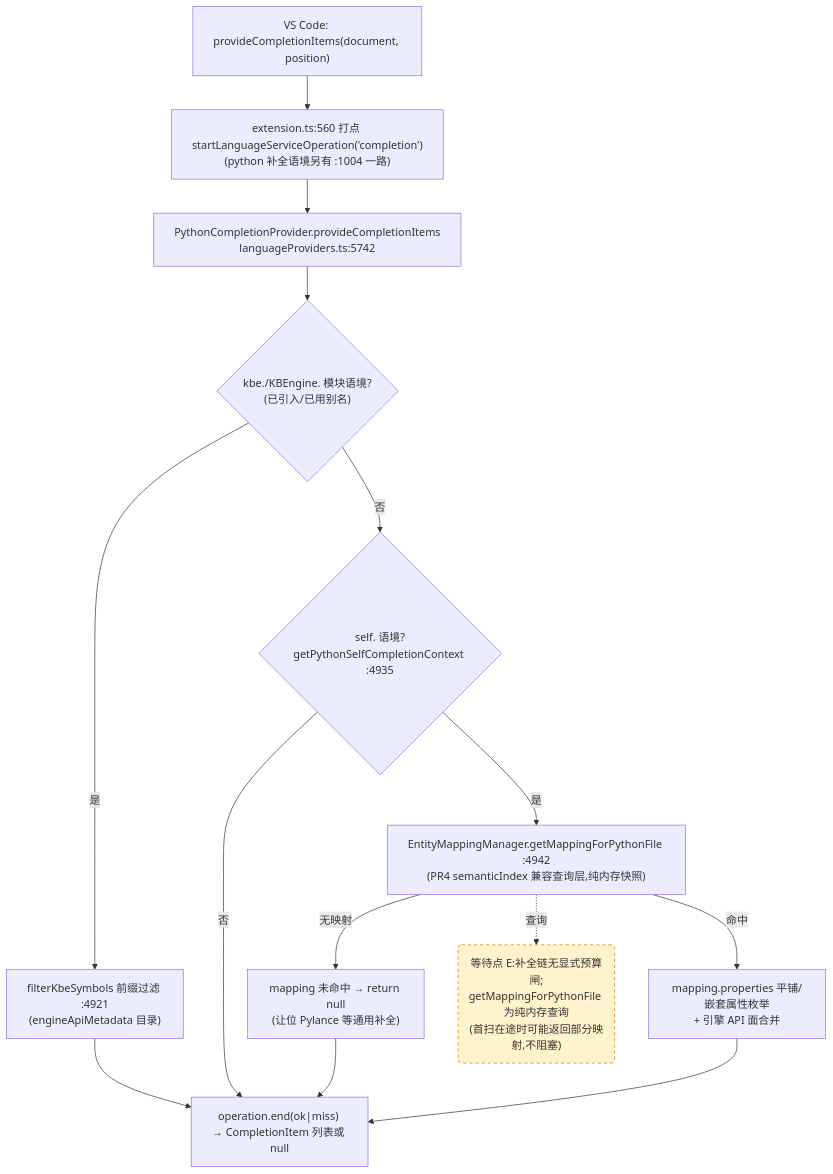
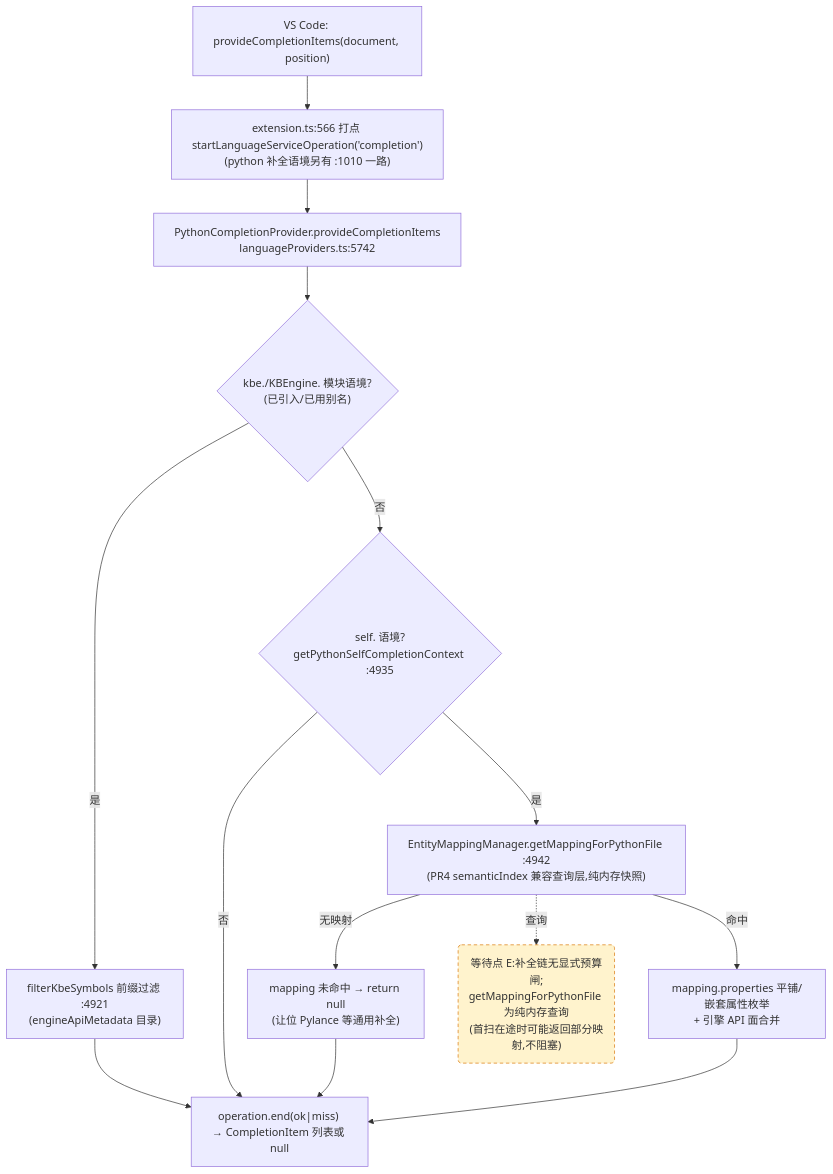
One commit to cuihairu/kode changed the third of 4 diagrams in docs/perf/2026-baseline.md. Above: the diagram before and after it, drawn with Mermaid. The commit also changed other lines of this file and 6 other files, not shown here.

````diff
--- a/docs/perf/2026-baseline.md
+++ b/docs/perf/2026-baseline.md
@@ -184,27 +184,27 @@
 ```mermaid
 flowchart TD
   VC3["VS Code: provideCompletionItems(document, position)"]
-  M3["extension.ts:560 打点 startLanguageServiceOperation('completion')<br/>(python 补全语境另有 :1004 一路)"]
+  M3["extension.ts:566 打点 startLanguageServiceOperation('completion')<br/>(python 补全语境另有 :1010 一路)"]
   CP["PythonCompletionProvider.provideCompletionItems<br/>languageProviders.ts:5742"]
   KBEC{"kbe./KBEngine. 模块语境?<br/>(已引入/已用别名)"}
   FILTER["filterKbeSymbols 前缀过滤 :4921<br/>(engineApiMetadata 目录)"]
   SELFC{"self. 语境?<br/>getPythonSelfCompletionContext :4935"}
   MAP["EntityMappingManager.getMappingForPythonFile :4942<br/>(PR4 semanticIndex 兼容查询层,纯内存快照)"]
   NOMAP["mapping 未命中 → return null<br/>(让位 Pylance 等通用补全)"]
   PROPS["mapping.properties 平铺/嵌套属性枚举<br/>+ 引擎 API 面合并"]
   END3["operation.end(ok|miss) → CompletionItem 列表或 null"]
 
   VC3 --> M3 --> CP --> KBEC
   KBEC -- "是" --> FILTER --> END3
   KBEC -- "否" --> SELFC
   SELFC -- "否" --> END3
   SELFC -- "是" --> MAP
   MAP -- "无映射" --> NOMAP --> END3
   MAP -- "命中" --> PROPS --> END3
 
   WAITE("等待点 E:补全链无显式预算闸;<br/>getMappingForPythonFile 为纯内存查询<br/>(首扫在途时可能返回部分映射,不阻塞)")
   MAP -.->|查询| WAITE
 
   classDef waitPoint fill:#fff3cd,stroke:#d97706,stroke-dasharray:5 4;
   class WAITE waitPoint;
 ```
````
